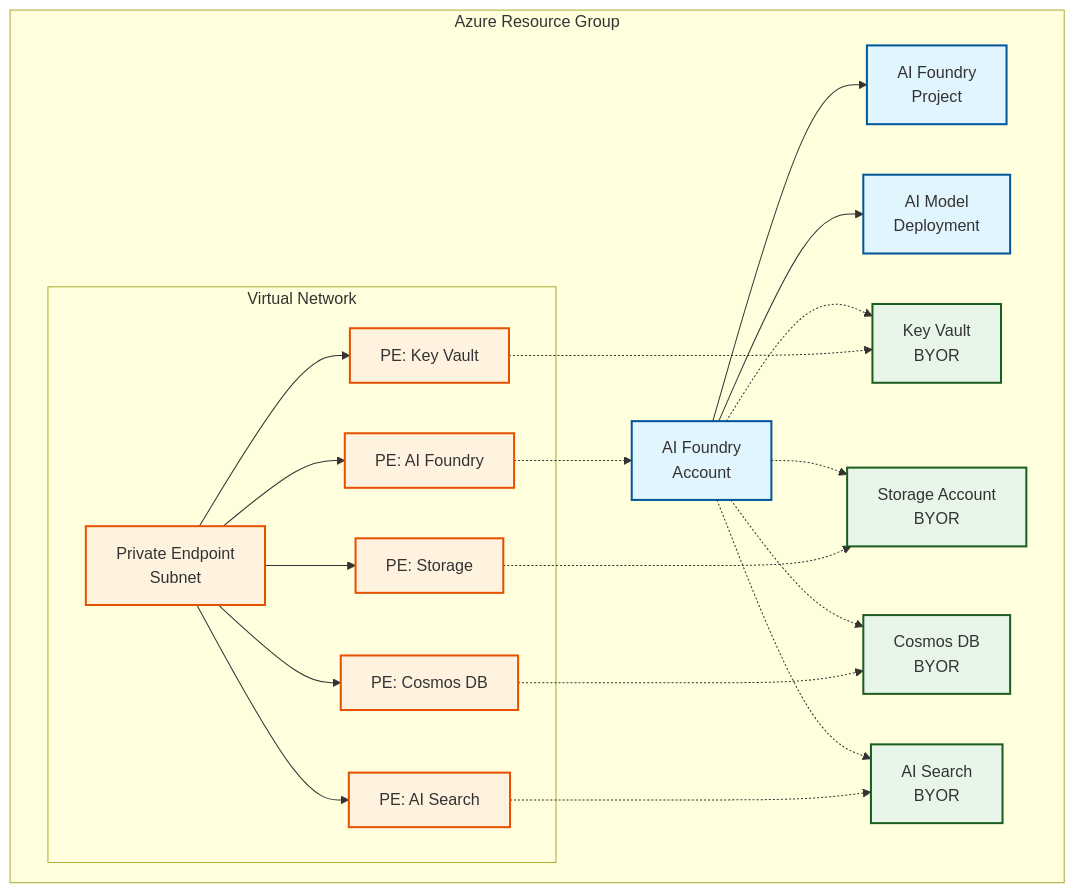
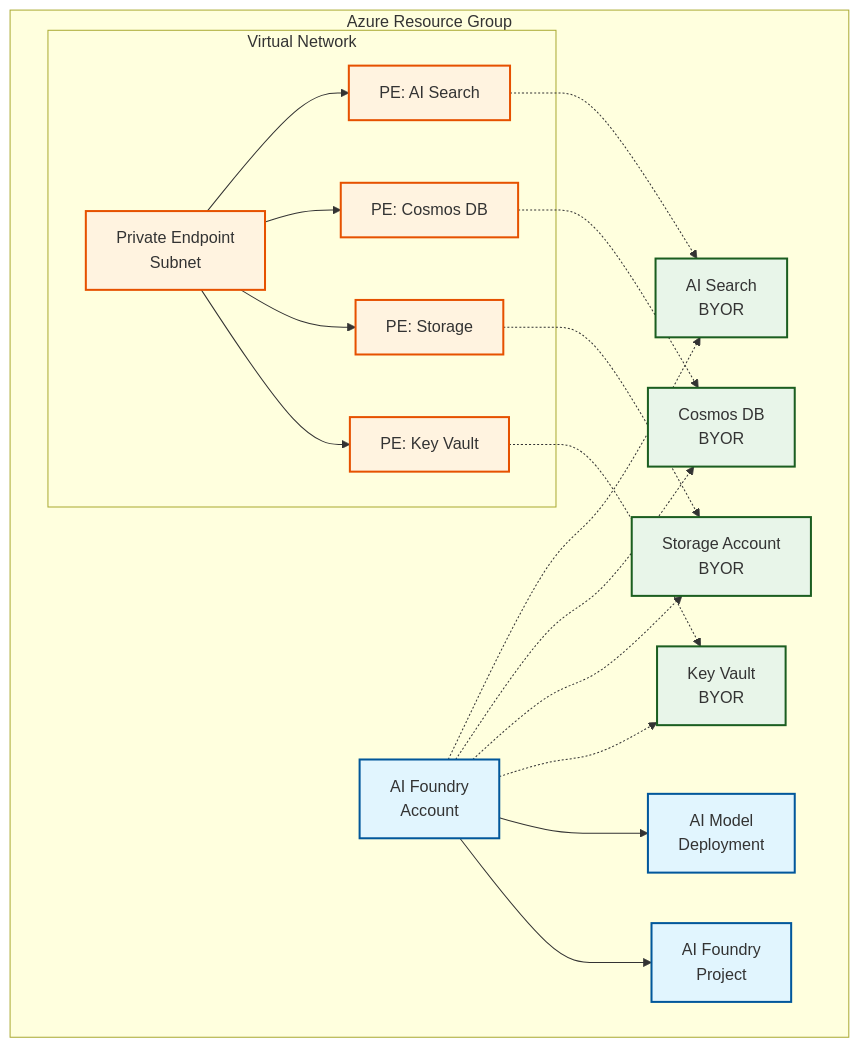
Before and after one commit to Azure/terraform-azurerm-avm-ptn-aiml-ai-foundry: the diagram in examples/private-byor/README.md, drawn with Mermaid. The commit also changed other lines of this file and 21 other files, not shown here.

First line of the commit message:
fix: create account agent host for network-injected Foundry (#178)

````diff
--- a/examples/private-byor/README.md
+++ b/examples/private-byor/README.md
@@ -15,47 +84,44 @@
 ```mermaid
 graph TB
     subgraph "Azure Resource Group"
         subgraph "Virtual Network"
             PE_SUBNET[Private Endpoint<br/>Subnet]
-            PE_AF[PE: AI Foundry]
             PE_KV[PE: Key Vault]
             PE_ST[PE: Storage]
             PE_CS[PE: Cosmos DB]
             PE_AS[PE: AI Search]
         end
 
         AF[AI Foundry<br/>Account]
         AFP[AI Foundry<br/>Project]
         AMD[AI Model<br/>Deployment]
         KV[Key Vault<br/>BYOR]
         ST[Storage Account<br/>BYOR]
         CS[Cosmos DB<br/>BYOR]
         AS[AI Search<br/>BYOR]
     end
 
     AF --> AFP
     AF --> AMD
     AF -.-> KV
     AF -.-> ST
     AF -.-> CS
     AF -.-> AS
 
-    PE_AF -.-> AF
     PE_KV -.-> KV
     PE_ST -.-> ST
     PE_CS -.-> CS
     PE_AS -.-> AS
 
-    PE_SUBNET --> PE_AF
     PE_SUBNET --> PE_KV
     PE_SUBNET --> PE_ST
     PE_SUBNET --> PE_CS
     PE_SUBNET --> PE_AS
 
     classDef required fill:#e1f5fe,stroke:#01579b,stroke-width:2px
     classDef byor fill:#e8f5e9,stroke:#1b5e20,stroke-width:2px
     classDef network fill:#fff3e0,stroke:#e65100,stroke-width:2px
     class AF,AFP,AMD required
     class KV,ST,CS,AS byor
-    class PE_SUBNET,PE_AF,PE_KV,PE_ST,PE_CS,PE_AS network
+    class PE_SUBNET,PE_KV,PE_ST,PE_CS,PE_AS network
 ```
````
